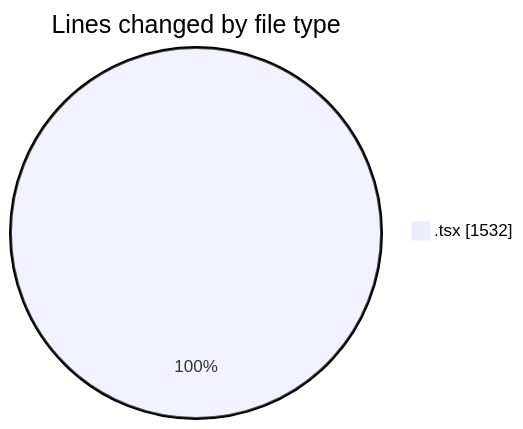
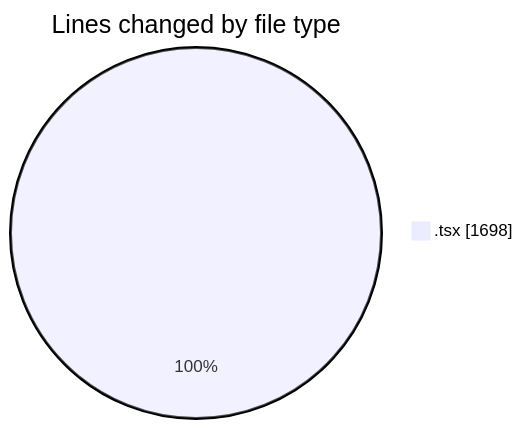
The first of 2 diagrams in 2026-03-30/nxtqube_webapp/README.md (nxtqubesakshisongat/code-tracking), drawn with Mermaid before and after one commit. The commit also changed other lines of this file and 1 other file, not shown here.

````diff
--- a/2026-03-30/nxtqube_webapp/README.md
+++ b/2026-03-30/nxtqube_webapp/README.md
@@ -22,5 +22,5 @@
 ```mermaid
 pie showData
 title Lines changed by file type
-".tsx" : 1532
+".tsx" : 1698
 ```
````
